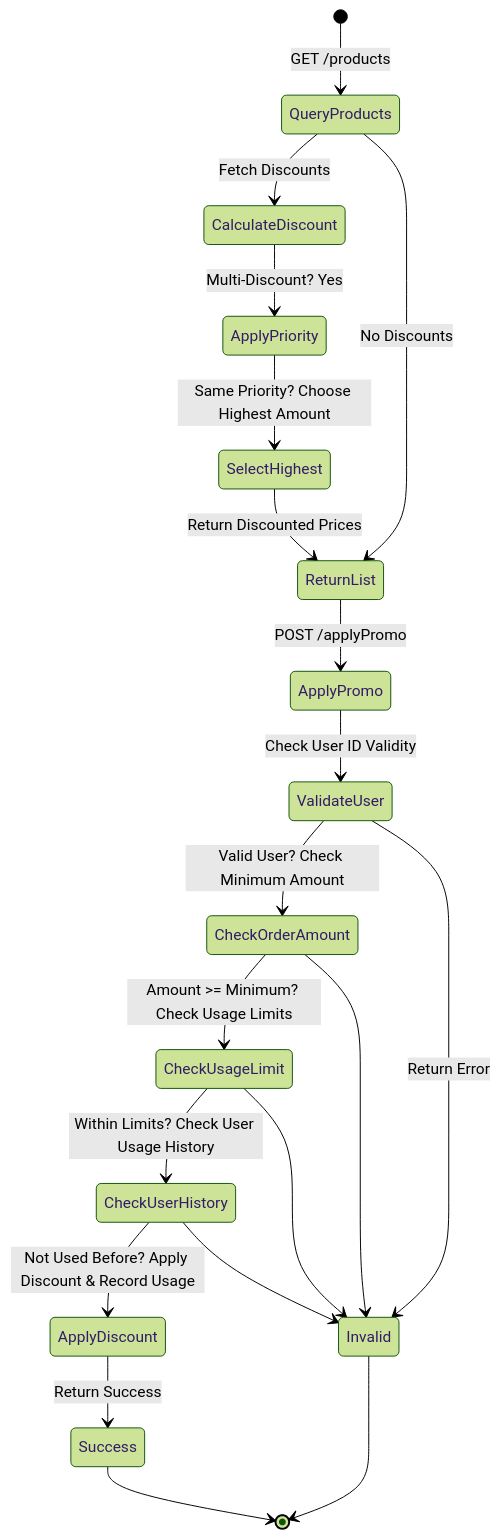
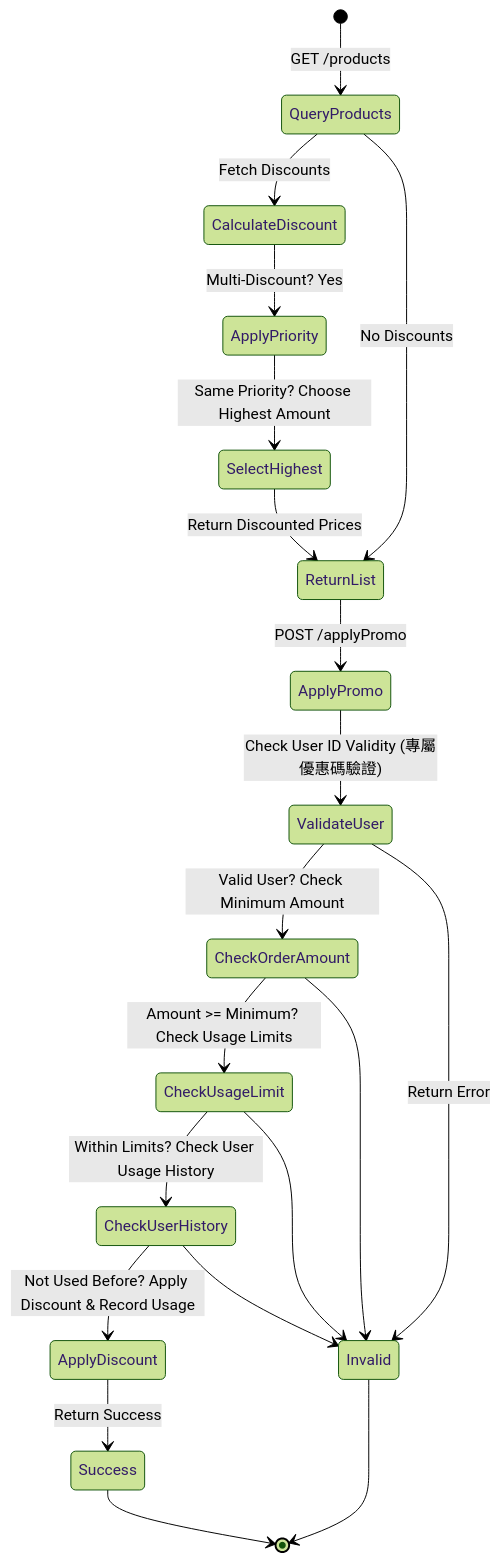
One commit to xxxhand/auto-billing-bot changed the fourth of 5 diagrams in docs/docs_0_7/billingBot_v0.7.1_system_design.markdown. Above: the diagram before and after it, drawn with Mermaid (forest theme). The commit also changed other lines of this file and 27 other files, not shown here.

````diff
--- a/docs/docs_0_7/billingBot_v0.7.1_system_design.markdown
+++ b/docs/docs_0_7/billingBot_v0.7.1_system_design.markdown
@@ -473,23 +477,23 @@
 ```mermaid
 stateDiagram-v2
     [*] --> QueryProducts: GET /products
     QueryProducts --> CalculateDiscount: Fetch Discounts
     CalculateDiscount --> ApplyPriority: Multi-Discount? Yes
     ApplyPriority --> SelectHighest: Same Priority? Choose Highest Amount
     SelectHighest --> ReturnList: Return Discounted Prices
     QueryProducts --> ReturnList: No Discounts
 
     ReturnList --> ApplyPromo: POST /applyPromo
-    ApplyPromo --> ValidateUser: Check User ID Validity
+    ApplyPromo --> ValidateUser: Check User ID Validity (專屬優惠碼驗證)
     ValidateUser --> CheckOrderAmount: Valid User? Check Minimum Amount
     CheckOrderAmount --> CheckUsageLimit: Amount >= Minimum? Check Usage Limits
     CheckUsageLimit --> CheckUserHistory: Within Limits? Check User Usage History
     CheckUserHistory --> ApplyDiscount: Not Used Before? Apply Discount & Record Usage
     ApplyDiscount --> Success: Return Success
     Success --> [*]
     ValidateUser --> Invalid: Return Error
     CheckOrderAmount --> Invalid
     CheckUsageLimit --> Invalid
     CheckUserHistory --> Invalid
     Invalid --> [*]
 ```
````
